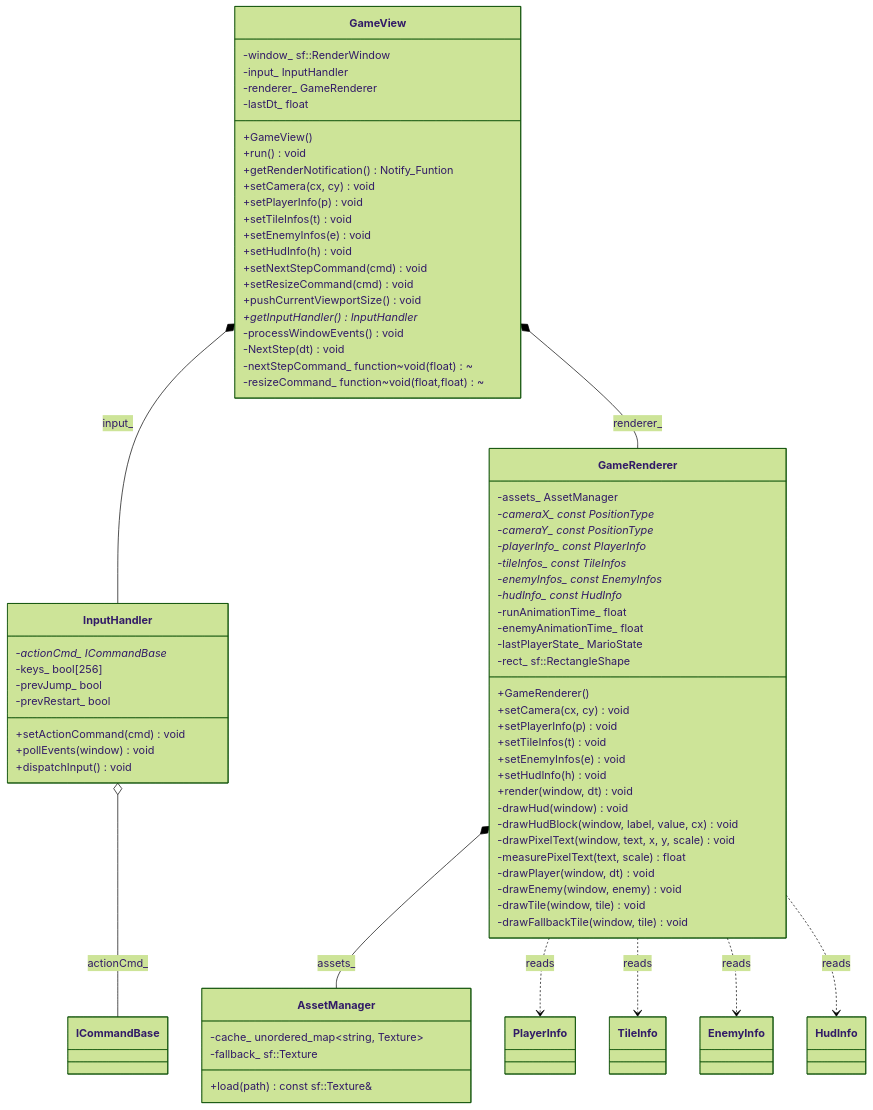
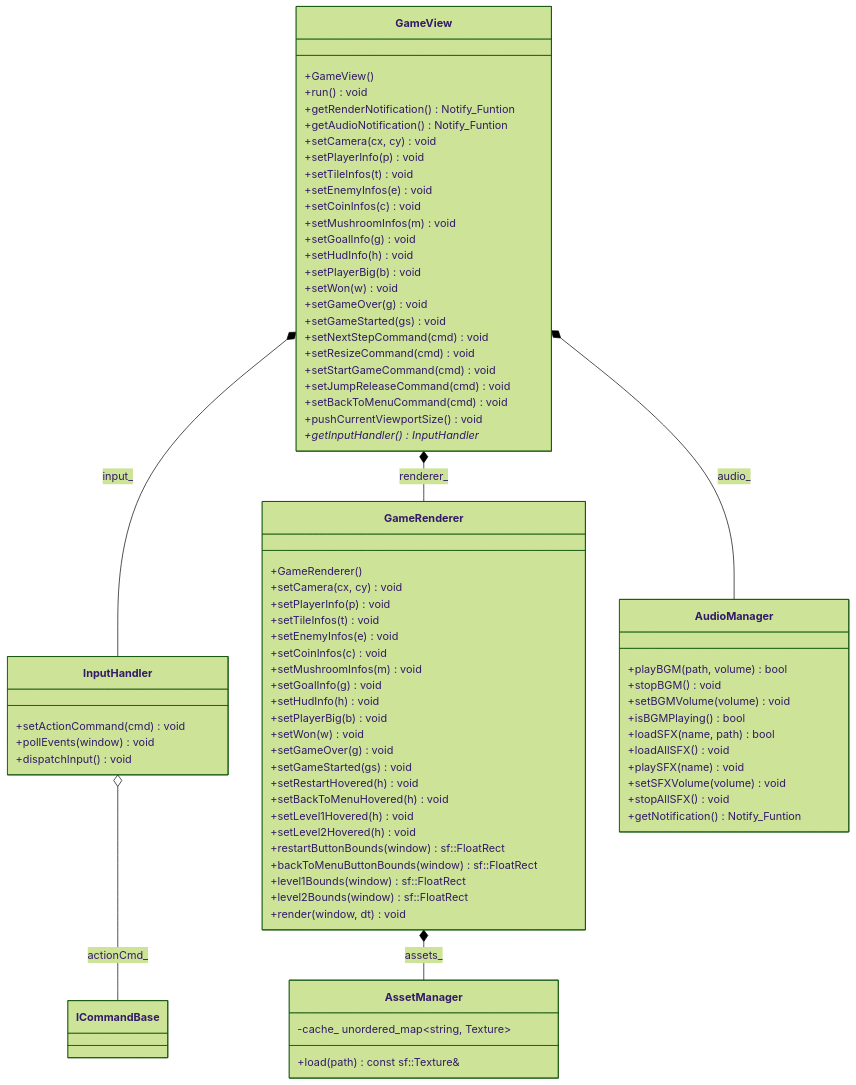
The third of 4 diagrams in README.md (Lasuac-SG/Mario), drawn with Mermaid (forest theme) before and after one commit. The commit also changed other lines of this file, not shown here.

````diff
--- a/README.md
+++ b/README.md
@@ -220,33 +196,32 @@
         +GameView()
         +run() void
         +getRenderNotification() Notify_Funtion
+        +getAudioNotification() Notify_Funtion
         +setCamera(cx, cy) void
         +setPlayerInfo(p) void
         +setTileInfos(t) void
         +setEnemyInfos(e) void
+        +setCoinInfos(c) void
+        +setMushroomInfos(m) void
+        +setGoalInfo(g) void
         +setHudInfo(h) void
+        +setPlayerBig(b) void
+        +setWon(w) void
+        +setGameOver(g) void
+        +setGameStarted(gs) void
         +setNextStepCommand(cmd) void
         +setResizeCommand(cmd) void
+        +setStartGameCommand(cmd) void
+        +setJumpReleaseCommand(cmd) void
+        +setBackToMenuCommand(cmd) void
         +pushCurrentViewportSize() void
         +getInputHandler() InputHandler*
-        -processWindowEvents() void
-        -NextStep(dt) void
-        -window_ sf::RenderWindow
-        -input_ InputHandler
-        -renderer_ GameRenderer
-        -nextStepCommand_ function~void(float)~
-        -resizeCommand_ function~void(float,float)~
-        -lastDt_ float
     }
 
     class InputHandler {
         +setActionCommand(cmd) void
         +pollEvents(window) void
         +dispatchInput() void
-        -actionCmd_ ICommandBase*
-        -keys_ bool[256]
-        -prevJump_ bool
-        -prevRestart_ bool
     }
 
     class GameRenderer {
@@ -255,41 +230,46 @@
         +setPlayerInfo(p) void
         +setTileInfos(t) void
         +setEnemyInfos(e) void
+        +setCoinInfos(c) void
+        +setMushroomInfos(m) void
+        +setGoalInfo(g) void
         +setHudInfo(h) void
+        +setPlayerBig(b) void
+        +setWon(w) void
+        +setGameOver(g) void
+        +setGameStarted(gs) void
+        +setRestartHovered(h) void
+        +setBackToMenuHovered(h) void
+        +setLevel1Hovered(h) void
+        +setLevel2Hovered(h) void
+        +restartButtonBounds(window) sf::FloatRect
+        +backToMenuButtonBounds(window) sf::FloatRect
+        +level1Bounds(window) sf::FloatRect
+        +level2Bounds(window) sf::FloatRect
         +render(window, dt) void
-        -drawHud(window) void
-        -drawHudBlock(window, label, value, cx) void
-        -drawPixelText(window, text, x, y, scale) void
-        -measurePixelText(text, scale) float
-        -drawPlayer(window, dt) void
-        -drawEnemy(window, enemy) void
-        -drawTile(window, tile) void
-        -drawFallbackTile(window, tile) void
-        -assets_ AssetManager
-        -cameraX_ const PositionType*
-        -cameraY_ const PositionType*
-        -playerInfo_ const PlayerInfo*
-        -tileInfos_ const TileInfos*
-        -enemyInfos_ const EnemyInfos*
-        -hudInfo_ const HudInfo*
-        -runAnimationTime_ float
-        -enemyAnimationTime_ float
-        -lastPlayerState_ MarioState
-        -rect_ sf::RectangleShape
     }
 
     class AssetManager {
         +load(path) const sf::Texture&
         -cache_ unordered_map~string, Texture~
-        -fallback_ sf::Texture
+    }
+
+    class AudioManager {
+        +playBGM(path, volume) bool
+        +stopBGM() void
+        +setBGMVolume(volume) void
+        +isBGMPlaying() bool
+        +loadSFX(name, path) bool
+        +loadAllSFX() void
+        +playSFX(name) void
+        +setSFXVolume(volume) void
+        +stopAllSFX() void
+        +getNotification() Notify_Funtion
     }
 
     GameView *-- InputHandler : input_
     GameView *-- GameRenderer : renderer_
+    GameView *-- AudioManager : audio_
     GameRenderer *-- AssetManager : assets_
     InputHandler o-- ICommandBase : actionCmd_
-    GameRenderer ..> PlayerInfo : reads
-    GameRenderer ..> TileInfo : reads
-    GameRenderer ..> EnemyInfo : reads
-    GameRenderer ..> HudInfo : reads
 ```
````
